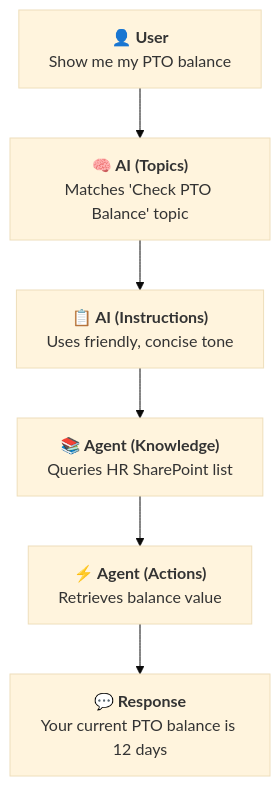
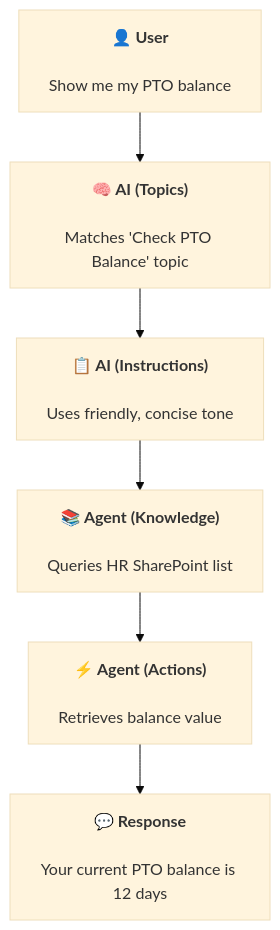
Before and after one commit to microsoft/mcs-agent-academy: the diagram in 02-copilot-studio-fundamentals/README.md, drawn with Mermaid (base theme).

Commit message:
Added extra blank line to flowchart

````diff
--- a/02-copilot-studio-fundamentals/README.md
+++ b/02-copilot-studio-fundamentals/README.md
@@ -191,8 +191,8 @@
 ```mermaid
 flowchart TD
-    A["<b>👤 User</b><br/>Show me my PTO balance"] --> B["<b>🧠 AI (Topics)</b><br/>Matches 'Check PTO Balance' topic"]
-    B --> C["<b>📋 AI (Instructions)</b><br/>Uses friendly, concise tone"]
-    C --> D["<b>📚 Agent (Knowledge)</b><br/>Queries HR SharePoint list"]
-    D --> E["<b>⚡ Agent (Actions)</b><br/>Retrieves balance value"]
-    E --> F["<b>💬 Response</b><br/>Your current PTO balance is 12 days"]
+    A["<b>👤 User</b><br/><br/>Show me my PTO balance"] --> B["<b>🧠 AI (Topics)</b><br/><br/>Matches 'Check PTO Balance' topic"]
+    B --> C["<b>📋 AI (Instructions)</b><br/><br/>Uses friendly, concise tone"]
+    C --> D["<b>📚 Agent (Knowledge)</b><br/><br/>Queries HR SharePoint list"]
+    D --> E["<b>⚡ Agent (Actions)</b><br/><br/>Retrieves balance value"]
+    E --> F["<b>💬 Response</b><br/><br/>Your current PTO balance is 12 days"]
 ```
````
